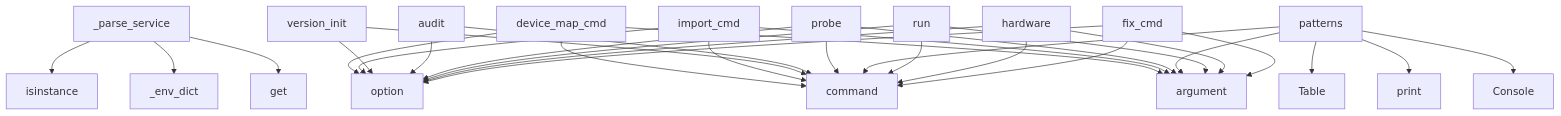
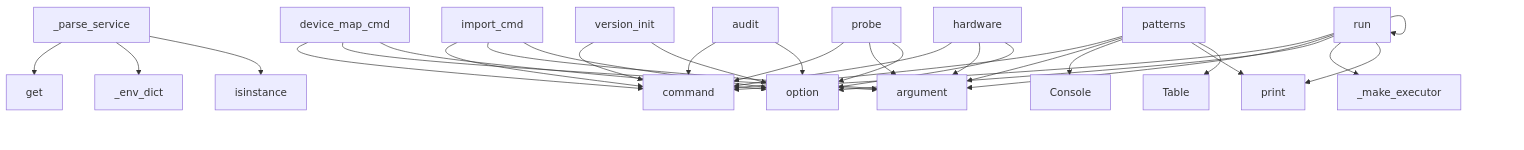
One commit to maskservice/redeploy changed the diagram in project/context.md. Above: the diagram before and after it, drawn with Mermaid. The commit also changed other lines of this file and 29 other files, not shown here.

````diff
--- a/project/context.md
+++ b/project/context.md
@@ -678,33 +679,33 @@
 ```mermaid
 graph TD
     _parse_service --> get
     _parse_service --> _env_dict
     _parse_service --> isinstance
     device_map_cmd --> command
     device_map_cmd --> argument
     device_map_cmd --> option
     import_cmd --> command
     import_cmd --> argument
     import_cmd --> option
     version_init --> command
     version_init --> option
     audit --> command
     audit --> option
     probe --> command
     probe --> argument
     probe --> option
     patterns --> command
     patterns --> argument
     patterns --> Console
     patterns --> print
     patterns --> Table
     run --> command
     run --> argument
     run --> option
     hardware --> command
     hardware --> argument
     hardware --> option
-    fix_cmd --> command
-    fix_cmd --> argument
-    fix_cmd --> option
+    run --> _make_executor
+    run --> run
+    run --> print
 ```
````
